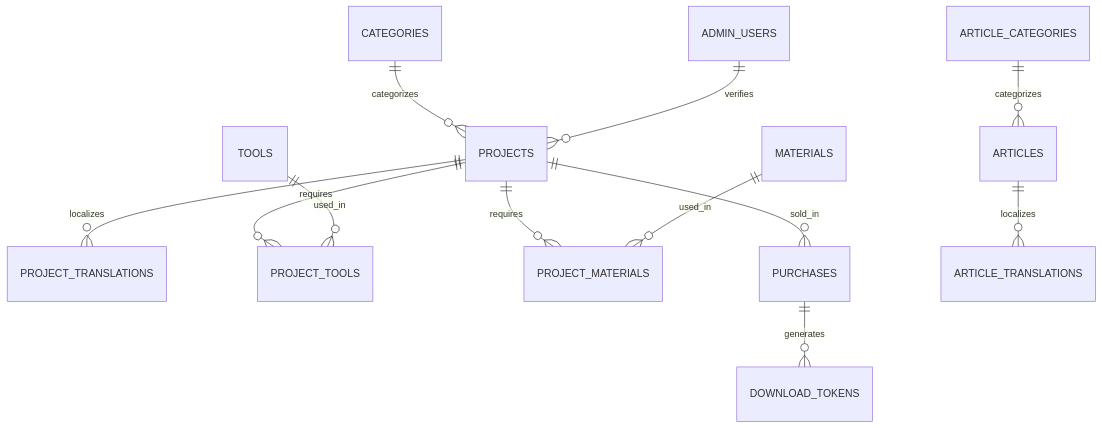
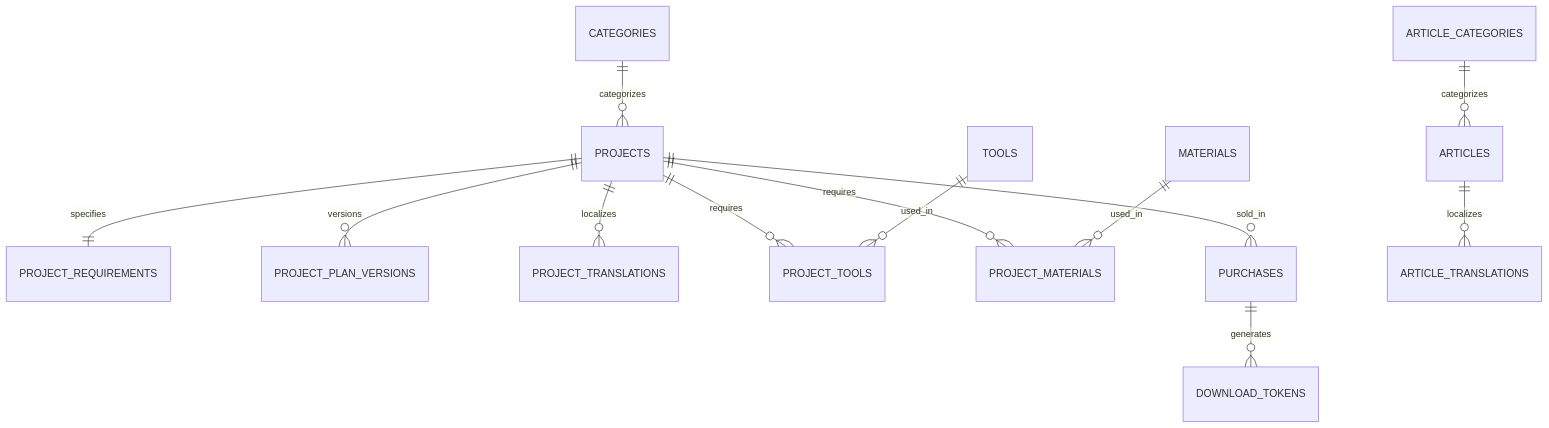
The diagram in docs/DATABASE_DESIGN.md (awsiya/leftover), drawn with Mermaid before and after one commit. The commit also changed other lines of this file and 15 other files, not shown here.

Commit message:
feat(phase-2): schema migrations, deterministic tile matching engine, and unit tests

````diff
--- a/docs/DATABASE_DESIGN.md
+++ b/docs/DATABASE_DESIGN.md
@@ -7,14 +7,15 @@
 ```mermaid
 erDiagram
     CATEGORIES ||--o{ PROJECTS : categorizes
+    PROJECTS ||--|| PROJECT_REQUIREMENTS : specifies
+    PROJECTS ||--o{ PROJECT_PLAN_VERSIONS : versions
     PROJECTS ||--o{ PROJECT_TRANSLATIONS : localizes
     PROJECTS ||--o{ PROJECT_TOOLS : requires
     TOOLS ||--o{ PROJECT_TOOLS : used_in
     PROJECTS ||--o{ PROJECT_MATERIALS : requires
     MATERIALS ||--o{ PROJECT_MATERIALS : used_in
     PROJECTS ||--o{ PURCHASES : sold_in
     PURCHASES ||--o{ DOWNLOAD_TOKENS : generates
     ARTICLE_CATEGORIES ||--o{ ARTICLES : categorizes
     ARTICLES ||--o{ ARTICLE_TRANSLATIONS : localizes
-    ADMIN_USERS ||--o{ PROJECTS : verifies
 ```
````
